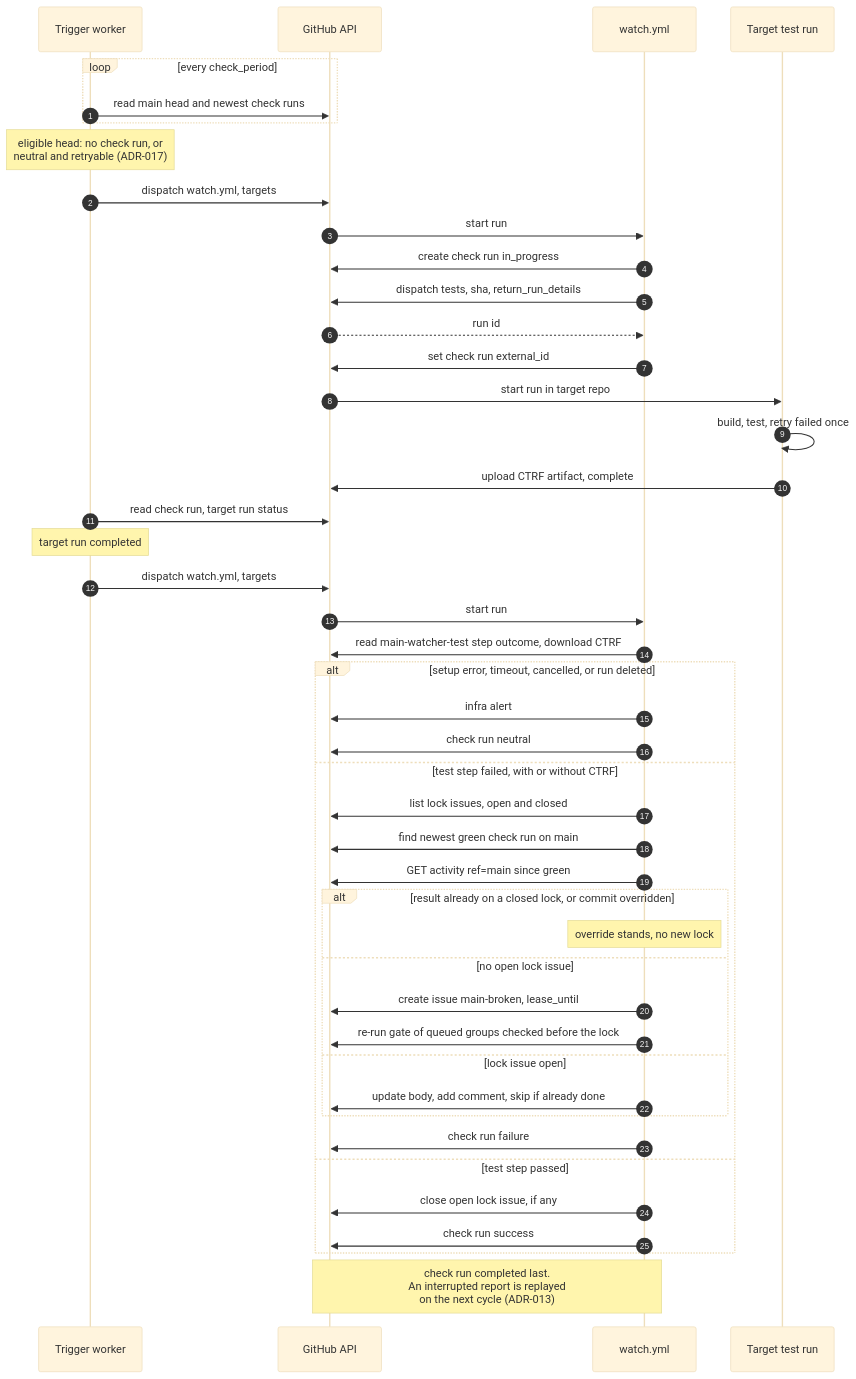
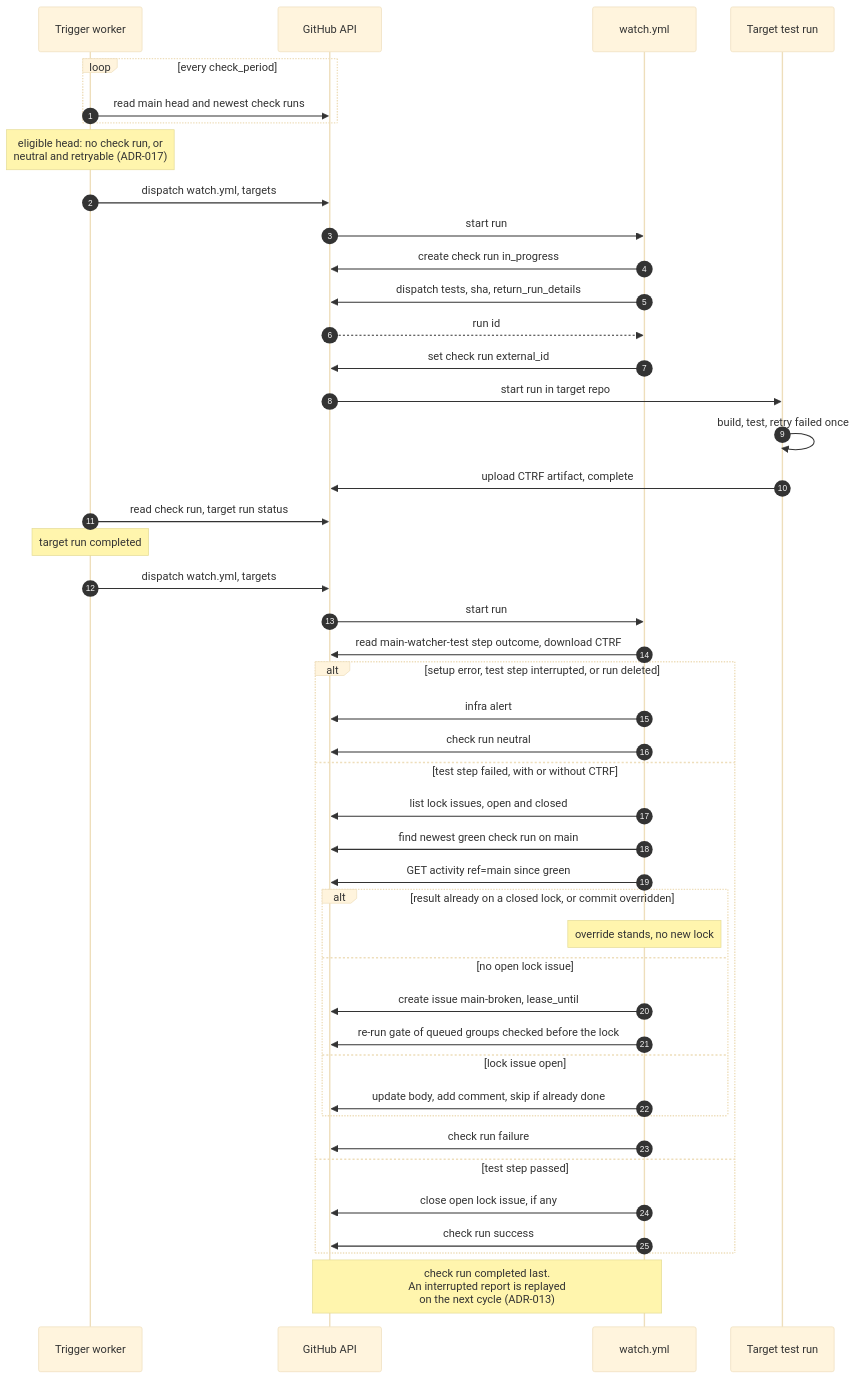
Before and after one commit to main-watcher-sandbox/main-watcher: the third of 6 diagrams in docs/architecture/architecture.md, drawn with Mermaid (base theme). The commit also changed other lines of this file and 3 other files, not shown here.

First line of the commit message:
Let the test step's outcome win over later cancellation in ADR-013

````diff
--- a/docs/architecture/architecture.md
+++ b/docs/architecture/architecture.md
@@ -246,49 +246,49 @@
 ```mermaid
 %% name: seq-failure-to-lock
 sequenceDiagram
     autonumber
     participant W as Trigger worker
     participant GH as GitHub API
     participant WA as watch.yml
     participant T as Target test run
 
     loop every check_period
         W->>GH: read main head and newest check runs
     end
     Note over W: eligible head: no check run, or<br/>neutral and retryable (ADR-017)
     W->>GH: dispatch watch.yml, targets
     GH->>WA: start run
     WA->>GH: create check run in_progress
     WA->>GH: dispatch tests, sha, return_run_details
     GH-->>WA: run id
     WA->>GH: set check run external_id
     GH->>T: start run in target repo
     T->>T: build, test, retry failed once
     T->>GH: upload CTRF artifact, complete
     W->>GH: read check run, target run status
     Note over W: target run completed
     W->>GH: dispatch watch.yml, targets
     GH->>WA: start run
     WA->>GH: read main-watcher-test step outcome, download CTRF
-    alt setup error, timeout, cancelled, or run deleted
+    alt setup error, test step interrupted, or run deleted
         WA->>GH: infra alert
         WA->>GH: check run neutral
     else test step failed, with or without CTRF
         WA->>GH: list lock issues, open and closed
         WA->>GH: find newest green check run on main
         WA->>GH: GET activity ref=main since green
         alt result already on a closed lock, or commit overridden
             Note over WA: override stands, no new lock
         else no open lock issue
             WA->>GH: create issue main-broken, lease_until
             WA->>GH: re-run gate of queued groups checked before the lock
         else lock issue open
             WA->>GH: update body, add comment, skip if already done
         end
         WA->>GH: check run failure
     else test step passed
         WA->>GH: close open lock issue, if any
         WA->>GH: check run success
     end
     Note over WA,GH: check run completed last.<br/>An interrupted report is replayed<br/>on the next cycle (ADR-013)
 ```
````
